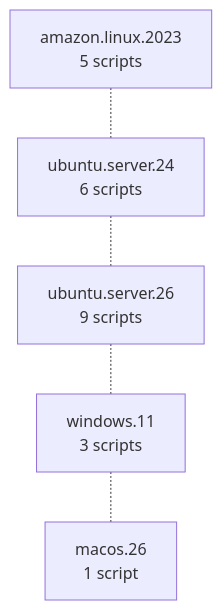
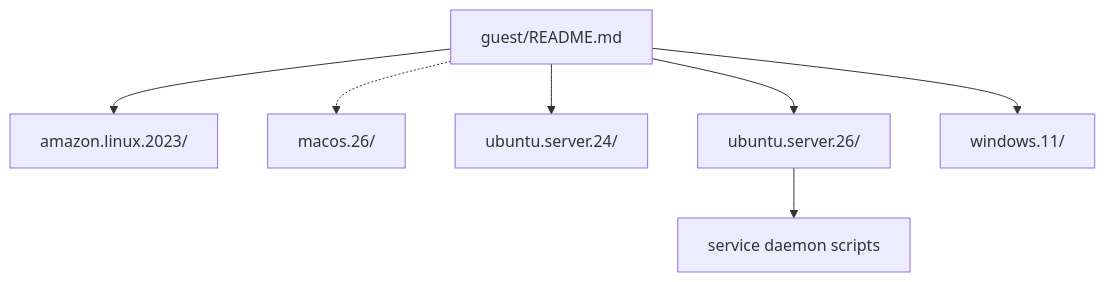
One commit to alissonsol/yuruna changed the third of 7 diagrams in docs/design/02-component-breakdown.md. Above: the diagram before and after it, drawn with Mermaid. The commit also changed other lines of this file and 635 other files, not shown here.

````diff
--- a/docs/design/02-component-breakdown.md
+++ b/docs/design/02-component-breakdown.md
@@ -204,10 +187,18 @@
 ```mermaid
 flowchart TD
-    amazon-linux[amazon.linux.2023<br/>5 scripts]
-    ubuntu-24[ubuntu.server.24<br/>6 scripts]
-    ubuntu-26[ubuntu.server.26<br/>9 scripts]
-    windows-11[windows.11<br/>3 scripts]
-    macos-26[macos.26<br/>1 script]
+    guest-readme["guest/README.md"]
+    amazon-linux-2023["amazon.linux.2023/"]
+    macos-26["macos.26/"]
+    ubuntu-server-24["ubuntu.server.24/"]
+    ubuntu-server-26["ubuntu.server.26/"]
+    windows-11["windows.11/"]
+    service-daemons["service daemon scripts"]
 
-    amazon-linux -.- ubuntu-24 -.- ubuntu-26 -.- windows-11 -.- macos-26
+    guest-readme --> amazon-linux-2023
+    guest-readme --> ubuntu-server-24
+    guest-readme --> ubuntu-server-26
+    guest-readme --> windows-11
+    guest-readme -.-> macos-26
+    %% planned: no host seeds a macOS guest and no sequence drives it
+    ubuntu-server-26 --> service-daemons
 ```
````
